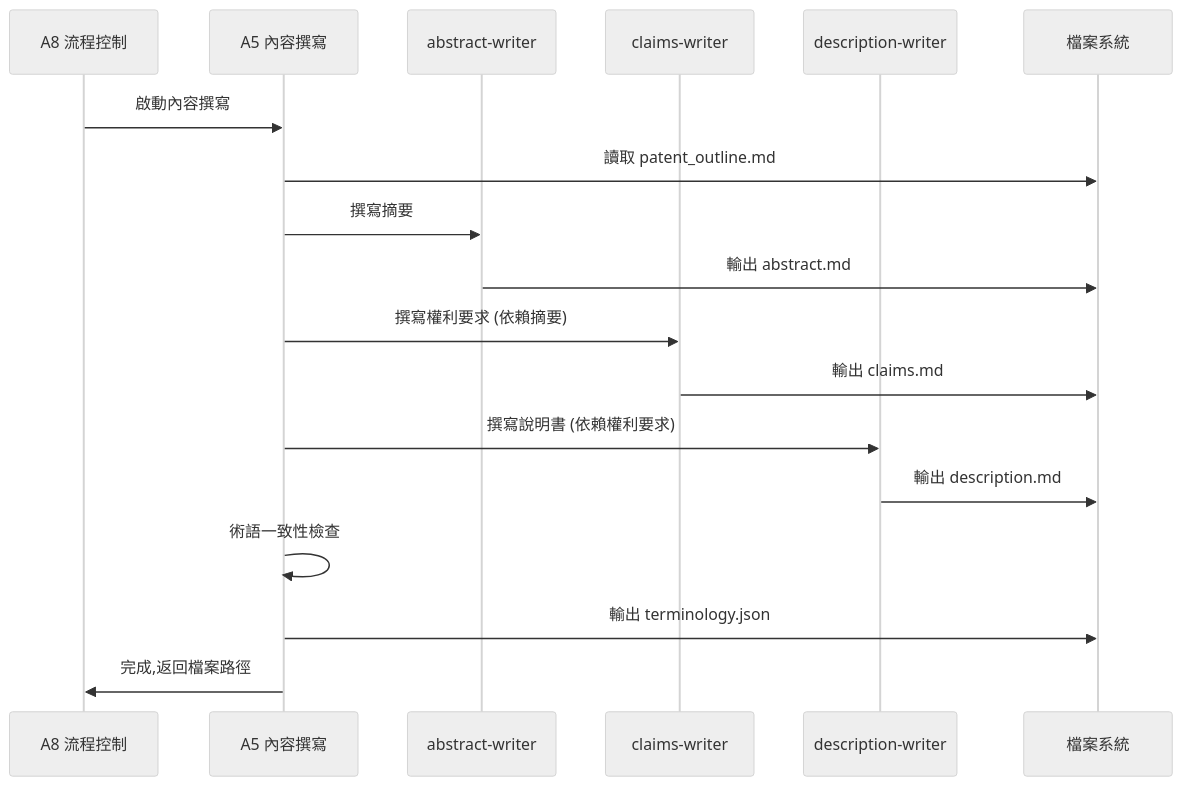
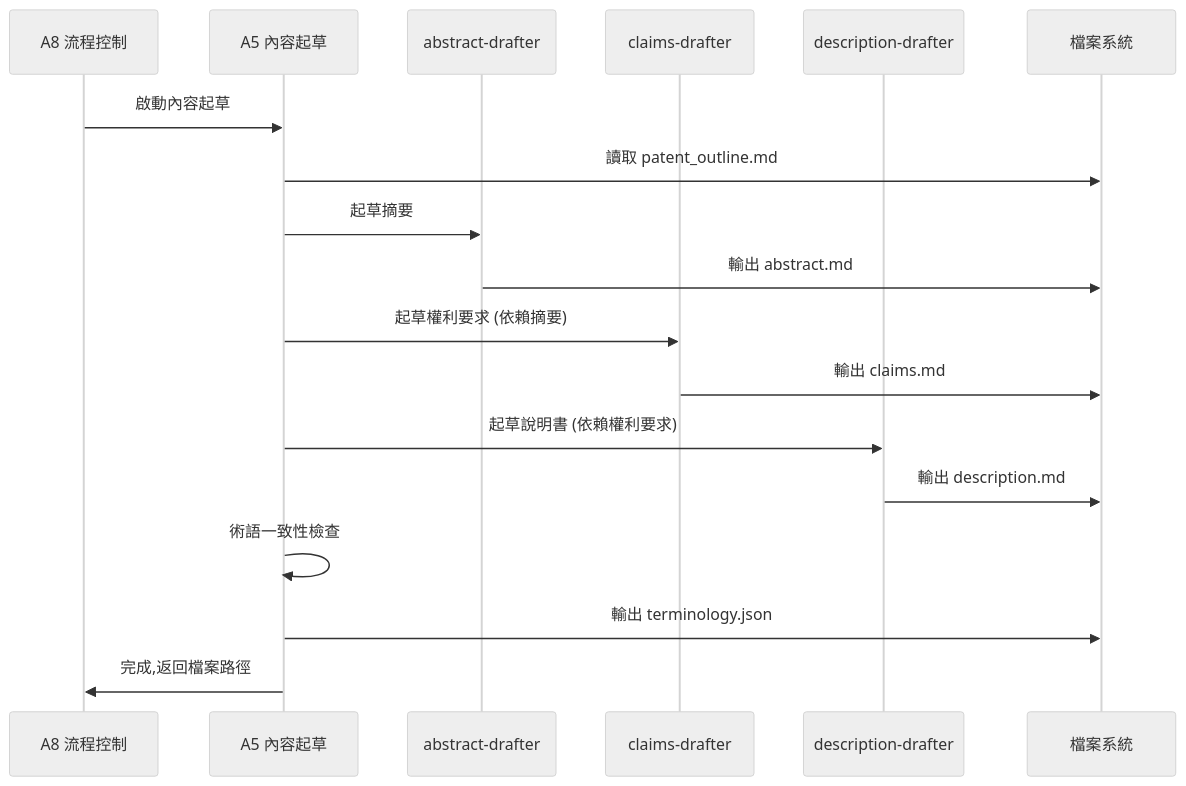
The fourth of 6 diagrams in docs/A0_system_idef0.md (Raw1mage/PatentDrafter), drawn with Mermaid (neutral theme) before and after one commit. The commit also changed other lines of this file and 58 other files, not shown here.

````diff
--- a/docs/A0_system_idef0.md
+++ b/docs/A0_system_idef0.md
@@ -432,25 +518,25 @@
 ```mermaid
 sequenceDiagram
     participant Control as A8 流程控制
-    participant A5 as A5 內容撰寫
-    participant Abstract as abstract-writer
-    participant Claims as claims-writer
-    participant Desc as description-writer
+    participant A5 as A5 內容起草
+    participant Abstract as abstract-drafter
+    participant Claims as claims-drafter
+    participant Desc as description-drafter
     participant FS as 檔案系統
 
-    Control->>A5: 啟動內容撰寫
+    Control->>A5: 啟動內容起草
     A5->>FS: 讀取 patent_outline.md
 
-    A5->>Abstract: 撰寫摘要
+    A5->>Abstract: 起草摘要
     Abstract->>FS: 輸出 abstract.md
 
-    A5->>Claims: 撰寫權利要求 (依賴摘要)
+    A5->>Claims: 起草權利要求 (依賴摘要)
     Claims->>FS: 輸出 claims.md
 
-    A5->>Desc: 撰寫說明書 (依賴權利要求)
+    A5->>Desc: 起草說明書 (依賴權利要求)
     Desc->>FS: 輸出 description.md
 
     A5->>A5: 術語一致性檢查
     A5->>FS: 輸出 terminology.json
     A5->>Control: 完成,返回檔案路徑
 ```
````
